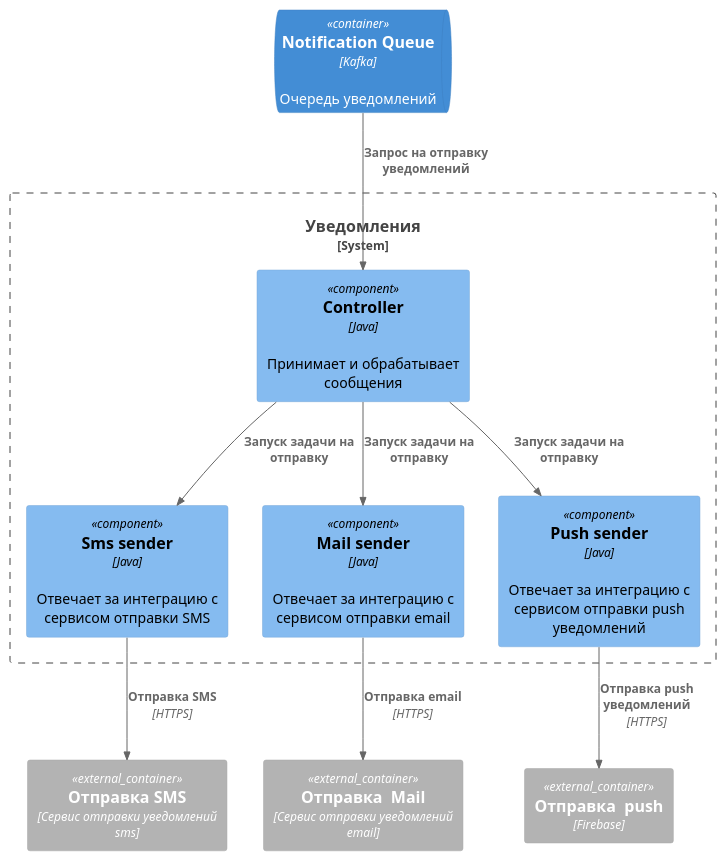
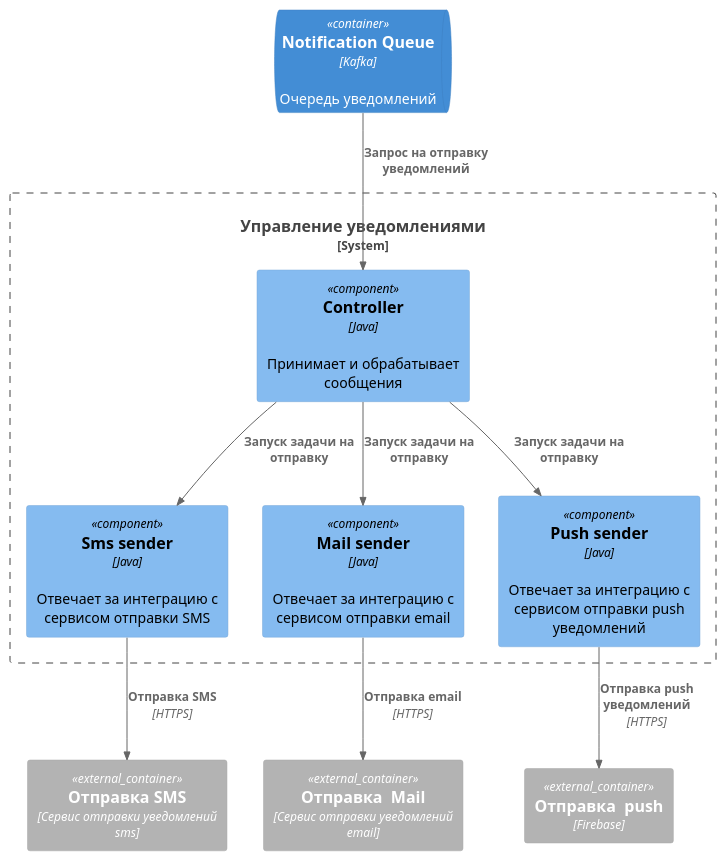
The diagram in doc/task2_component_diagram_notifications.puml (SamoilovVV/architecture-sprint-3), drawn with PlantUML before and after one commit. The commit also changed 8 other files, not shown here.

```diff
--- a/doc/task2_component_diagram_notifications.puml
+++ b/doc/task2_component_diagram_notifications.puml
@@ -1,29 +1,29 @@
 @startuml
 !include <C4/C4_Container>
 !include <C4/C4_Component>
 
-System_Boundary(c1, "Уведомления") {
+System_Boundary(c1, "Управление уведомлениями") {
   Component(controller, "Controller", "Java","Принимает и обрабатывает сообщения")
 
   Component(controller_sms, "Sms sender", "Java","Отвечает за интеграцию с сервисом отправки SMS")
   Component(controller_mail, "Mail sender", "Java","Отвечает за интеграцию с сервисом отправки email")
   Component(controller_push, "Push sender", "Java","Отвечает за интеграцию с сервисом отправки push уведомлений")
   
 }
 
 ContainerQueue(notification_queue, "Notification Queue", "Kafka", "Очередь уведомлений")
 Container_Ext(notification_sms, "Отправка SMS", "Сервис отправки уведомлений sms")
 Container_Ext(notification_mail, "Отправка  Mail", "Сервис отправки уведомлений email")
 Container_Ext(notification_push, "Отправка  push", "Firebase")
 
 
 Rel(notification_queue, controller, "Запрос на отправку уведомлений", "")
 
 Rel(controller_sms, notification_sms, "Отправка SMS", "HTTPS")
 Rel(controller_mail, notification_mail, "Отправка email", "HTTPS")
 Rel(controller_push, notification_push, "Отправка push уведомлений", "HTTPS")
 Rel(controller, controller_sms, "Запуск задачи на отправку", "")
 Rel(controller, controller_mail, "Запуск задачи на отправку", "")
 Rel(controller, controller_push, "Запуск задачи на отправку", "")
 
 @enduml
```
